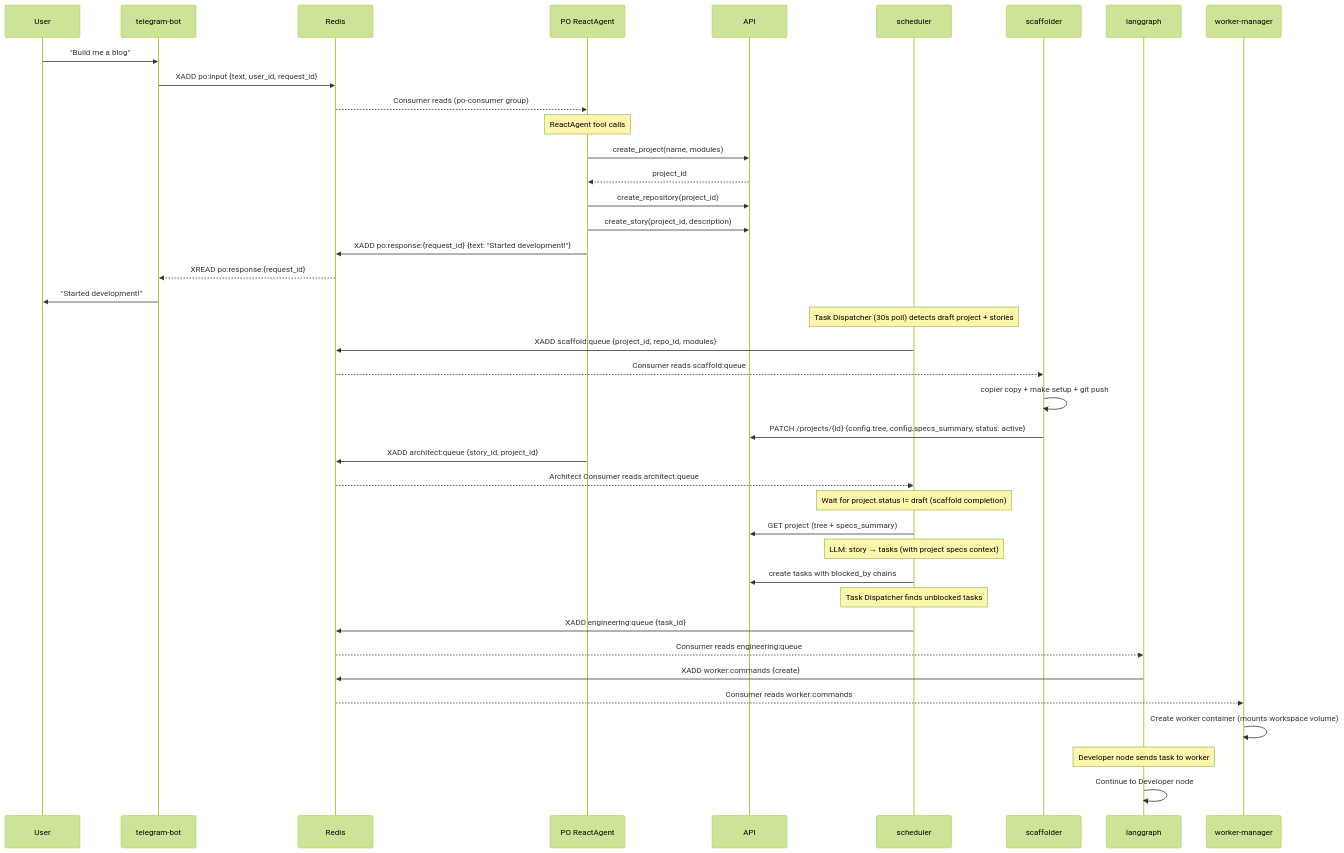
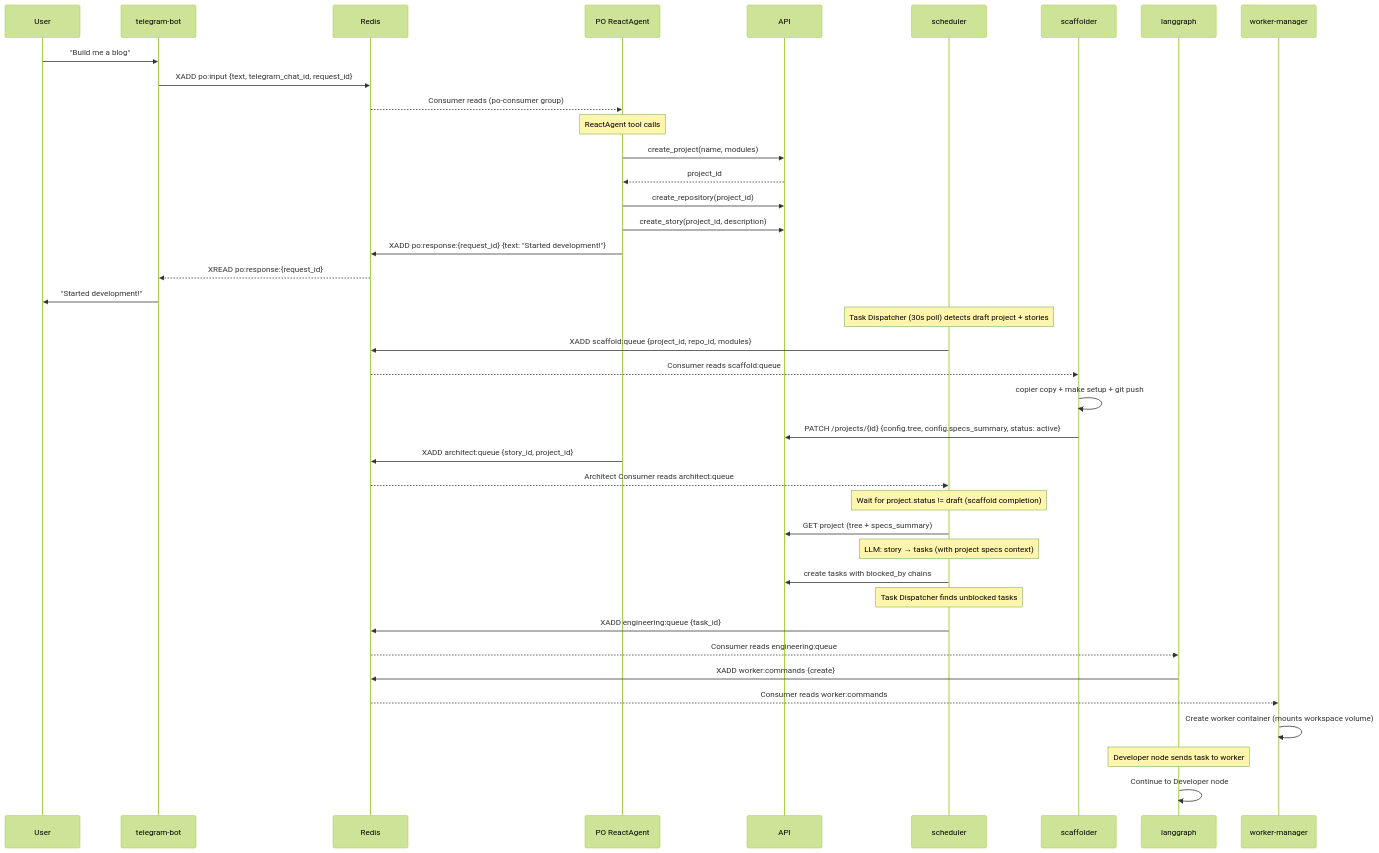
The first of 3 diagrams in docs/CONTRACTS.md (vladmesh/codegen_orchestrator), drawn with Mermaid (forest theme) before and after one commit. The commit also changed other lines of this file and 102 other files, not shown here.

First line of the commit message:
Address lifecycle notifications by Telegram chat, not internal user id

````diff
--- a/docs/CONTRACTS.md
+++ b/docs/CONTRACTS.md
@@ -208,47 +208,47 @@
 ```mermaid
 sequenceDiagram
     participant User
     participant TG as telegram-bot
     participant Redis
     participant PO as PO ReactAgent
     participant API
     participant SCH as scheduler
     participant SCF as scaffolder
     participant LG as langgraph
     participant WM as worker-manager
 
     User->>TG: "Build me a blog"
-    TG->>Redis: XADD po:input {text, user_id, request_id}
+    TG->>Redis: XADD po:input {text, telegram_chat_id, request_id}
     Redis-->>PO: Consumer reads (po-consumer group)
 
     Note over PO: ReactAgent tool calls
     PO->>API: create_project(name, modules)
     API-->>PO: project_id
     PO->>API: create_repository(project_id)
     PO->>API: create_story(project_id, description)
     PO->>Redis: XADD po:response:{request_id} {text: "Started development!"}
     Redis-->>TG: XREAD po:response:{request_id}
     TG->>User: "Started development!"
 
     Note over SCH: Task Dispatcher (30s poll) detects draft project + stories
     SCH->>Redis: XADD scaffold:queue {project_id, repo_id, modules}
     Redis-->>SCF: Consumer reads scaffold:queue
     SCF->>SCF: copier copy + make setup + git push
     SCF->>API: PATCH /projects/{id} {config.tree, config.specs_summary, status: active}
 
     PO->>Redis: XADD architect:queue {story_id, project_id}
     Redis-->>SCH: Architect Consumer reads architect:queue
     Note over SCH: Wait for project.status != draft (scaffold completion)
     SCH->>API: GET project (tree + specs_summary)
     Note over SCH: LLM: story → tasks (with project specs context)
     SCH->>API: create tasks with blocked_by chains
 
     Note over SCH: Task Dispatcher finds unblocked tasks
     SCH->>Redis: XADD engineering:queue {task_id}
     Redis-->>LG: Consumer reads engineering:queue
     LG->>Redis: XADD worker:commands {create}
     Redis-->>WM: Consumer reads worker:commands
     WM->>WM: Create worker container (mounts workspace volume)
     Note over LG: Developer node sends task to worker
     LG->>LG: Continue to Developer node
 ```
````
